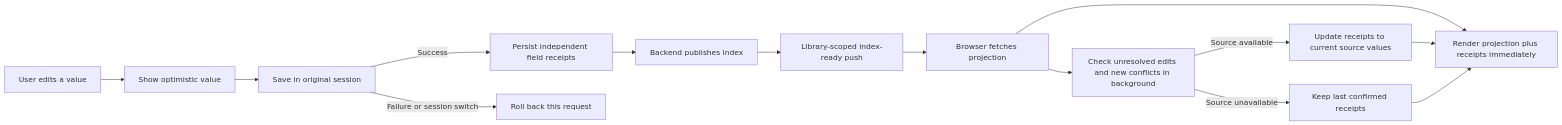
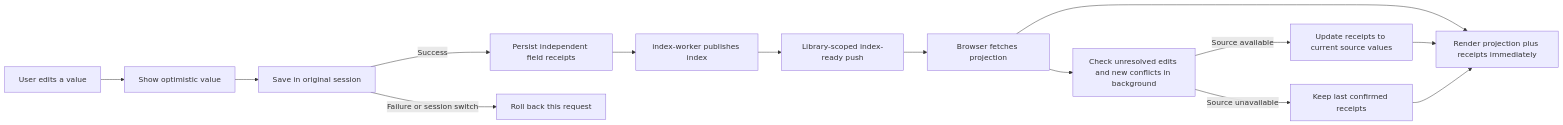
The first of 2 diagrams in docs/ui-index-consistency.md (Git4Rajat/photostore), drawn with Mermaid before and after one commit. The commit also changed other lines of this file and 5 other files, not shown here.

First line of the commit message:
Docs: bring architecture docs and diagrams up to the current role split

````diff
--- a/docs/ui-index-consistency.md
+++ b/docs/ui-index-consistency.md
@@ -5,16 +5,16 @@
 ```mermaid
 flowchart LR
     A[User edits a value] --> B[Show optimistic value]
     B --> C[Save in original session]
     C -->|Success| D[Persist independent field receipts]
     C -->|Failure or session switch| E[Roll back this request]
-    D --> F[Backend publishes index]
+    D --> F[index-worker publishes index]
     F --> G[Library-scoped index-ready push]
     G --> H[Browser fetches projection]
     H --> L[Render projection plus receipts immediately]
     H --> I[Check unresolved edits and new conflicts in background]
     I -->|Source available| J[Update receipts to current source values]
     I -->|Source unavailable| K[Keep last confirmed receipts]
     J --> L
     K --> L
 ```
````
